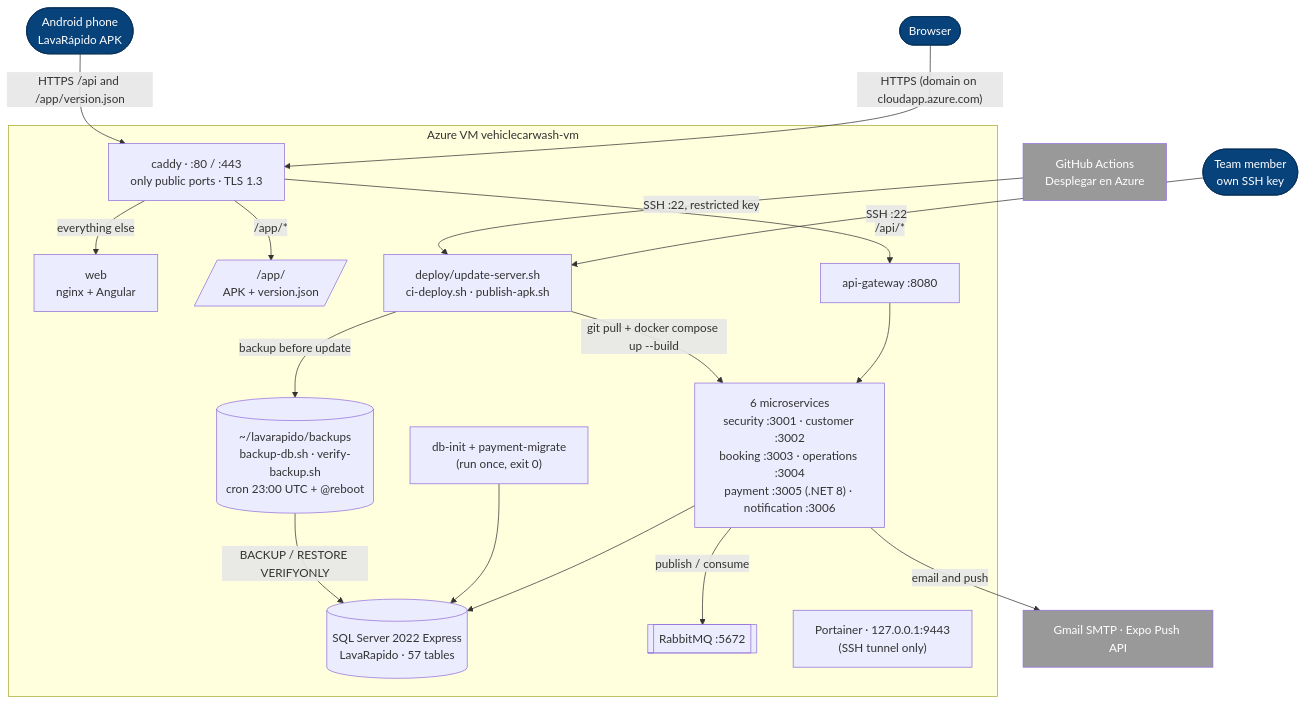
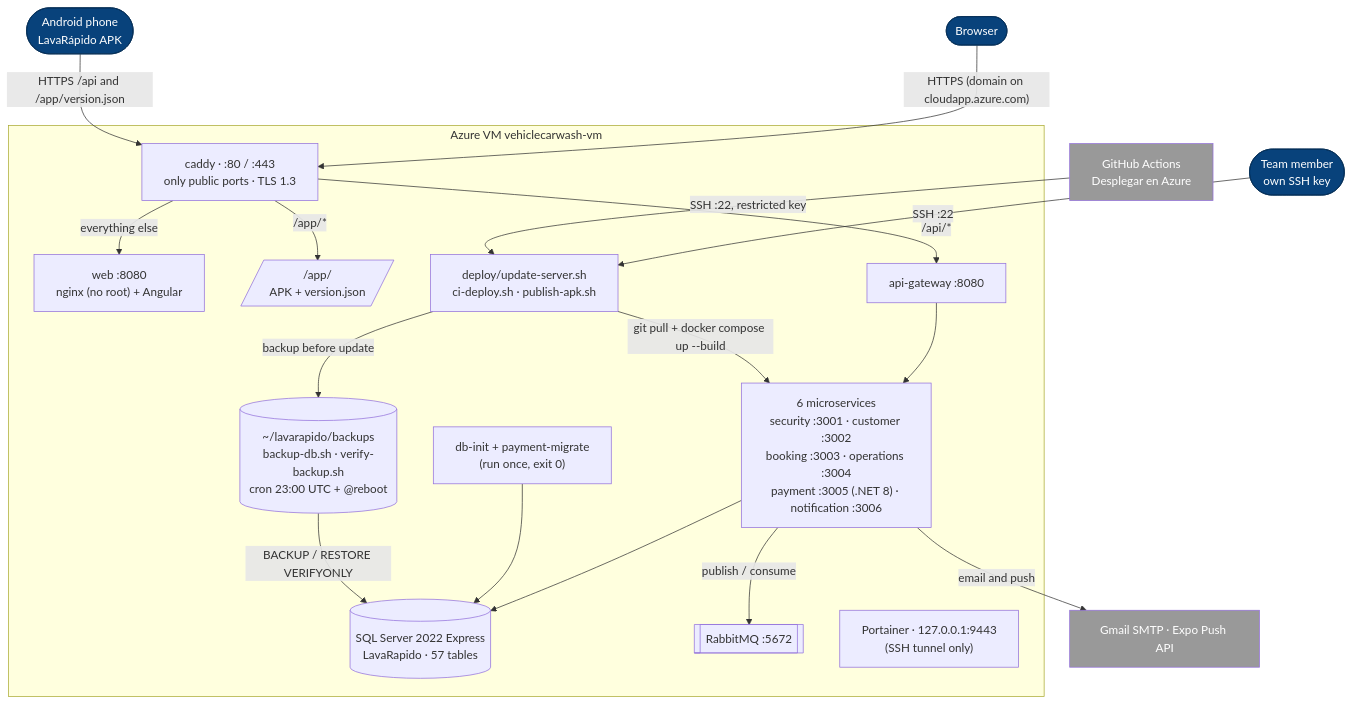
One commit to code-sena/vehicle-w-docs changed the diagram in 08-uml/diagrams/source/deployment-production.md. Above: the diagram before and after it, drawn with Mermaid. The commit also changed other lines of this file and 6 other files, not shown here.

````diff
--- a/08-uml/diagrams/source/deployment-production.md
+++ b/08-uml/diagrams/source/deployment-production.md
@@ -10,42 +10,42 @@
 ```mermaid
 flowchart TB
     browser([Browser]):::person
     phone([Android phone<br/>LavaRápido APK]):::person
     team([Team member<br/>own SSH key]):::person
     gha[GitHub Actions<br/>Desplegar en Azure]:::ext
 
     subgraph azure["Azure VM vehiclecarwash-vm"]
         caddy["caddy · :80 / :443<br/>only public ports · TLS 1.3"]
-        web["web<br/>nginx + Angular"]
+        web["web :8080<br/>nginx (no root) + Angular"]
         dl[/"/app/<br/>APK + version.json"/]
         gw["api-gateway :8080"]
         apps["6 microservices<br/>security :3001 · customer :3002<br/>booking :3003 · operations :3004<br/>payment :3005 (.NET 8) · notification :3006"]
         db[("SQL Server 2022 Express<br/>LavaRapido · 57 tables")]
         mq[["RabbitMQ :5672"]]
         init["db-init + payment-migrate<br/>(run once, exit 0)"]
         scripts["deploy/update-server.sh<br/>ci-deploy.sh · publish-apk.sh"]
         backups[("~/lavarapido/backups<br/>backup-db.sh · verify-backup.sh<br/>cron 23:00 UTC + @reboot")]
         portainer["Portainer · 127.0.0.1:9443<br/>(SSH tunnel only)"]
     end
 
     ext[Gmail SMTP · Expo Push API]:::ext
 
     browser -- "HTTPS (domain on cloudapp.azure.com)" --> caddy
     phone -- "HTTPS /api and /app/version.json" --> caddy
     caddy -- "everything else" --> web
     caddy -- "/app/*" --> dl
     caddy -- "/api/*" --> gw
     gw --> apps
     apps --> db
     apps -- "publish / consume" --> mq
     init --> db
     apps -- "email and push" --> ext
     team -- "SSH :22" --> scripts
     gha -- "SSH :22, restricted key" --> scripts
     scripts -- "git pull + docker compose up --build" --> apps
     scripts -- "backup before update" --> backups
     backups -- "BACKUP / RESTORE VERIFYONLY" --> db
 
     classDef person fill:#08427b,color:#fff,stroke:#052e56
     classDef ext fill:#999,color:#fff
 ```
````
